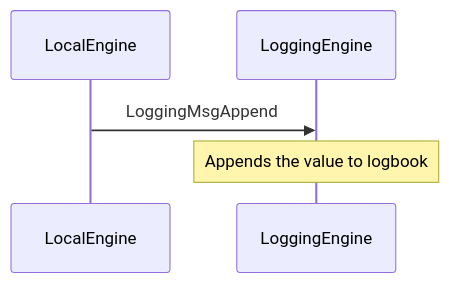
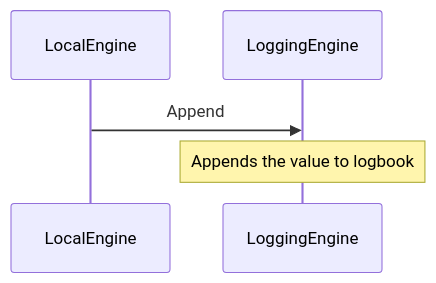
One commit to anoma/nspec changed the diagram in docs/arch/node/engines/logging_messages.juvix.md. Above: the diagram before and after it, drawn with Mermaid. The commit also changed other lines of this file and 138 other files, not shown here.

````diff
--- a/docs/arch/node/engines/logging_messages.juvix.md
+++ b/docs/arch/node/engines/logging_messages.juvix.md
@@ -35,8 +35,8 @@
 ```mermaid
 sequenceDiagram
     participant LocalEngine
     participant LoggingEngine
 
-    LocalEngine ->> LoggingEngine: LoggingMsgAppend
+    LocalEngine ->> LoggingEngine: Append
     Note over LoggingEngine: Appends the value to logbook
 ```
````
